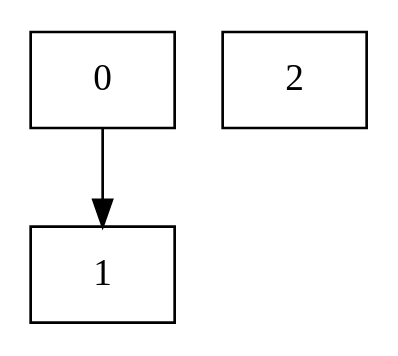
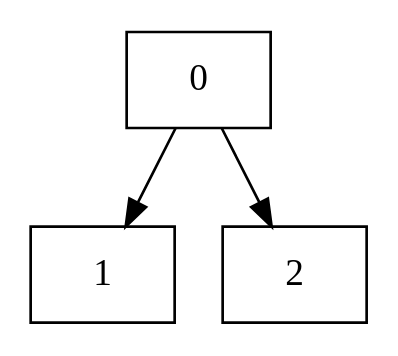
Before and after one commit to sola-st/wasm-call-graphs: the diagram in data/microbenchmarks-raw-data/indirect-call-index-expr-const/tool-evaluation-data/wassail/callgraph.dot, drawn with Graphviz. The commit also changed 267 other files, not shown here.

```diff
--- a/data/microbenchmarks-raw-data/indirect-call-index-expr-const/tool-evaluation-data/wassail/callgraph.dot
+++ b/data/microbenchmarks-raw-data/indirect-call-index-expr-const/tool-evaluation-data/wassail/callgraph.dot
@@ -1,7 +1,9 @@
 digraph "Call graph" {
 node0 [shape=record, label="{0}"];
 node1 [shape=record, label="{1}"];
 node2 [shape=record, label="{2}"];
 node0 -> node1;
 
+node0 -> node2;
+
 }
```
